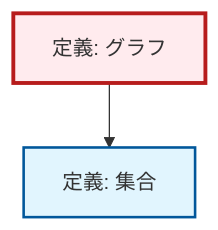
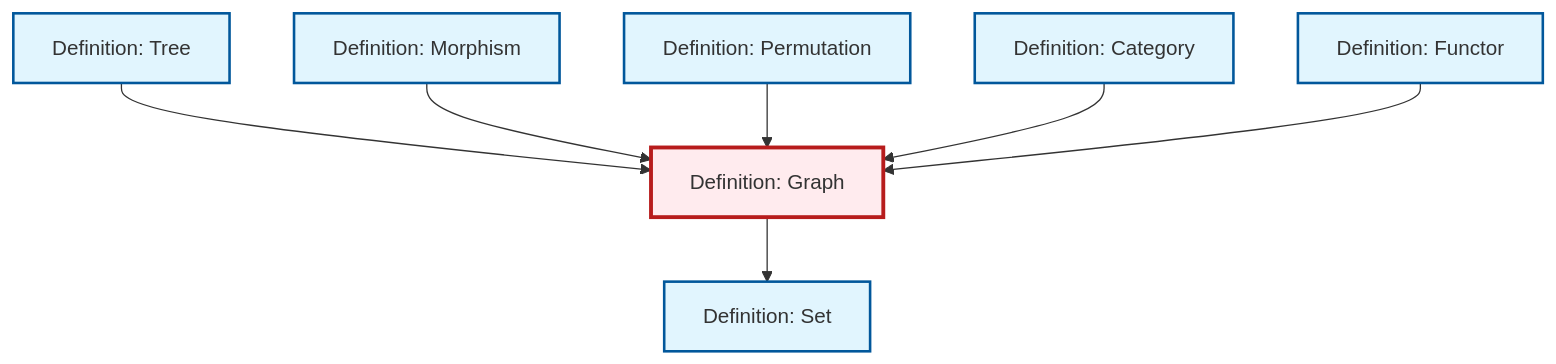
Before and after one commit to RK0429/ModernMath: the diagram in content/ja/combinatorics/def-graph.qmd, drawn with Mermaid. The commit also changed other lines of this file and 434 other files, not shown here.

````diff
--- a/content/ja/combinatorics/def-graph.qmd
+++ b/content/ja/combinatorics/def-graph.qmd
@@ -91,14 +91,29 @@
 ```{mermaid}
 %%| fig-cap: "Local dependency graph"
 graph TD
     classDef definition fill:#e1f5fe,stroke:#01579b,stroke-width:2px
     classDef theorem fill:#f3e5f5,stroke:#4a148c,stroke-width:2px
     classDef axiom fill:#fff3e0,stroke:#e65100,stroke-width:2px
     classDef example fill:#e8f5e9,stroke:#1b5e20,stroke-width:2px
     classDef current fill:#ffebee,stroke:#b71c1c,stroke-width:3px
-    def-graph["定義: グラフ"]:::definition
-    def-set["定義: 集合"]:::definition
+    def-set["Definition: Set"]:::definition
+    def-morphism["Definition: Morphism"]:::definition
+    def-category["Definition: Category"]:::definition
+    def-graph["Definition: Graph"]:::definition
+    def-permutation["Definition: Permutation"]:::definition
+    def-functor["Definition: Functor"]:::definition
+    def-tree["Definition: Tree"]:::definition
+    def-tree --> def-graph
+    def-morphism --> def-graph
     def-graph --> def-set
+    def-permutation --> def-graph
+    def-category --> def-graph
+    def-functor --> def-graph
     class def-graph current
-    click def-set "def-set.html" "集合の定義へ"
+    click def-set "def-set.html" "Definition: Setへ"
+    click def-morphism "def-morphism.html" "Definition: Morphismへ"
+    click def-category "def-category.html" "Definition: Categoryへ"
+    click def-permutation "def-permutation.html" "Definition: Permutationへ"
+    click def-functor "def-functor.html" "Definition: Functorへ"
+    click def-tree "def-tree.html" "Definition: Treeへ"
 ```
````
